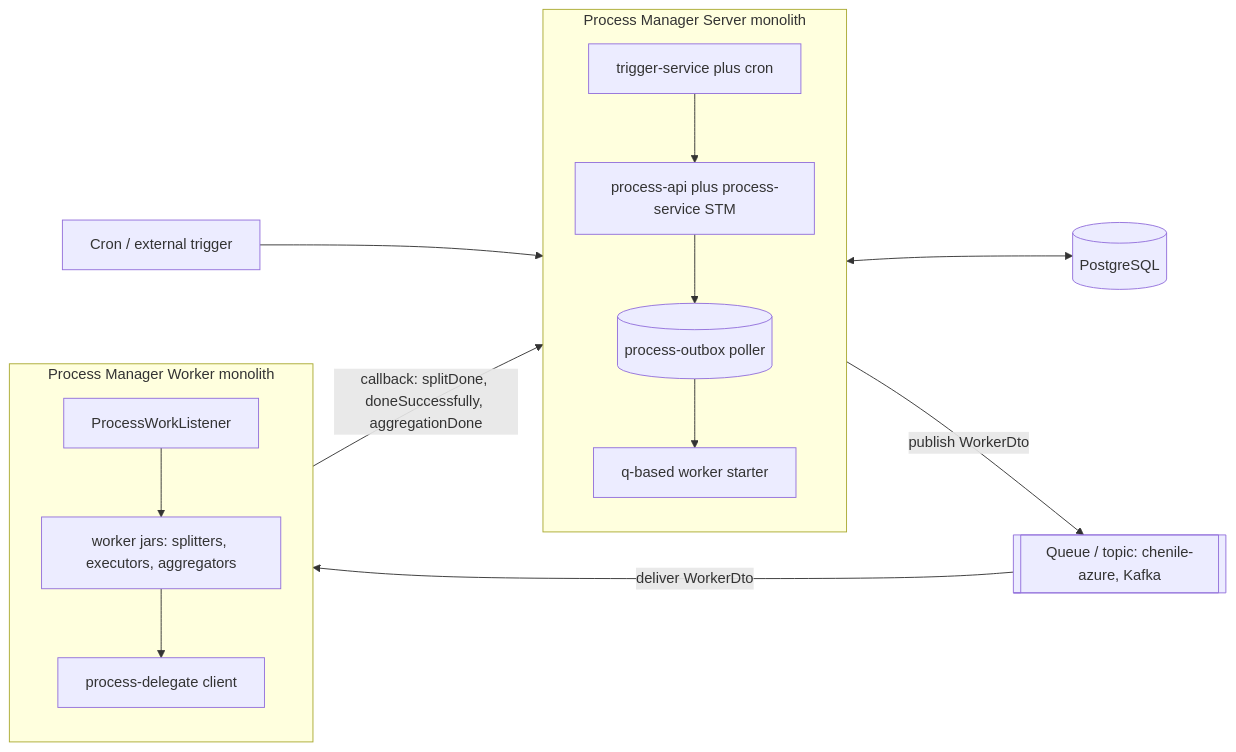
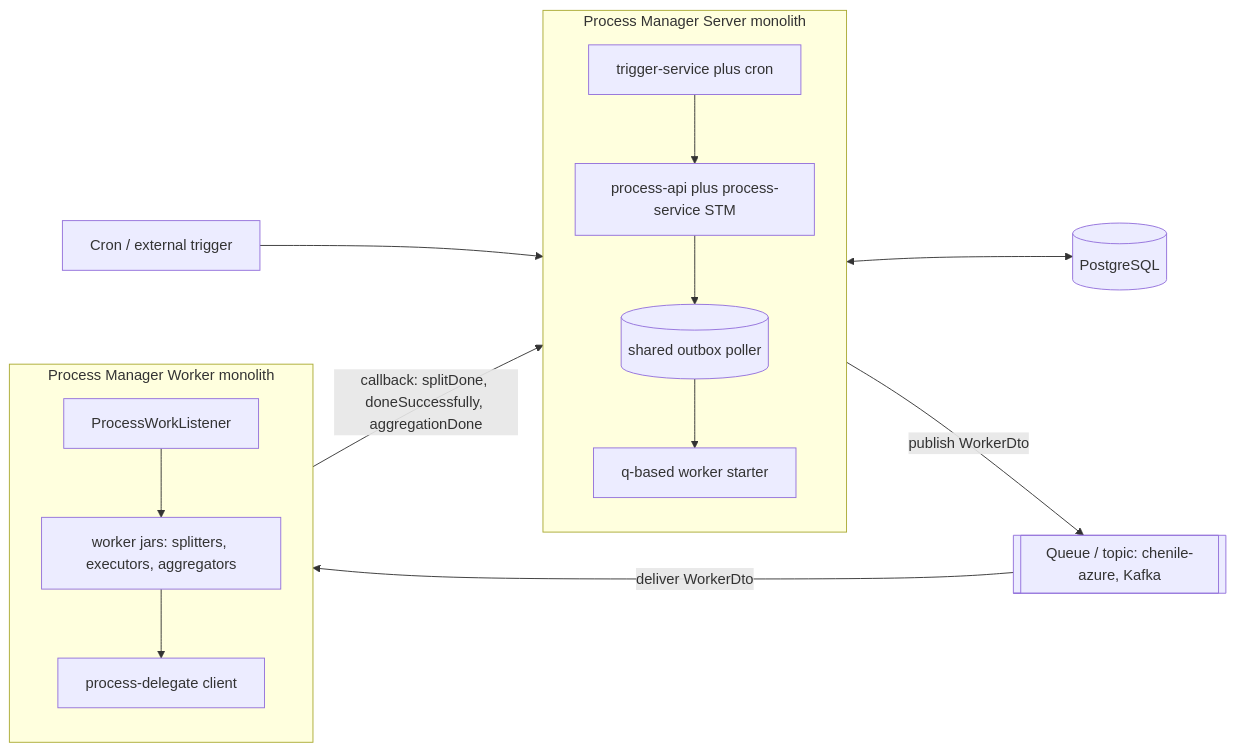
The first of 3 diagrams in docs/deployment.md (ajapros/chenile-process-management), drawn with Mermaid before and after one commit. The commit also changed other lines of this file and 98 other files, not shown here.

First line of the commit message:
Unify trigger acceptance and execution in the shared outbox

````diff
--- a/docs/deployment.md
+++ b/docs/deployment.md
@@ -31,33 +31,33 @@
 ```mermaid
 flowchart LR
     Trigger[Cron / external trigger]
 
     subgraph Server[Process Manager Server monolith]
         direction TB
         TS[trigger-service plus cron]
         PM[process-api plus process-service STM]
-        OB[(process-outbox poller)]
+        OB[(shared outbox poller)]
         WS[q-based worker starter]
         TS --> PM
         PM --> OB
         OB --> WS
     end
 
     subgraph Worker[Process Manager Worker monolith]
         direction TB
         WL[ProcessWorkListener]
         WJ["worker jars: splitters, executors, aggregators"]
         DG[process-delegate client]
         WL --> WJ
         WJ --> DG
     end
 
     DB[(PostgreSQL)]
     Q[["Queue / topic: chenile-azure, Kafka"]]
 
     Trigger --> TS
     PM <--> DB
     WS -->|publish WorkerDto| Q
     Q -->|deliver WorkerDto| WL
     DG -->|"callback: splitDone, doneSuccessfully, aggregationDone"| PM
 ```
````
